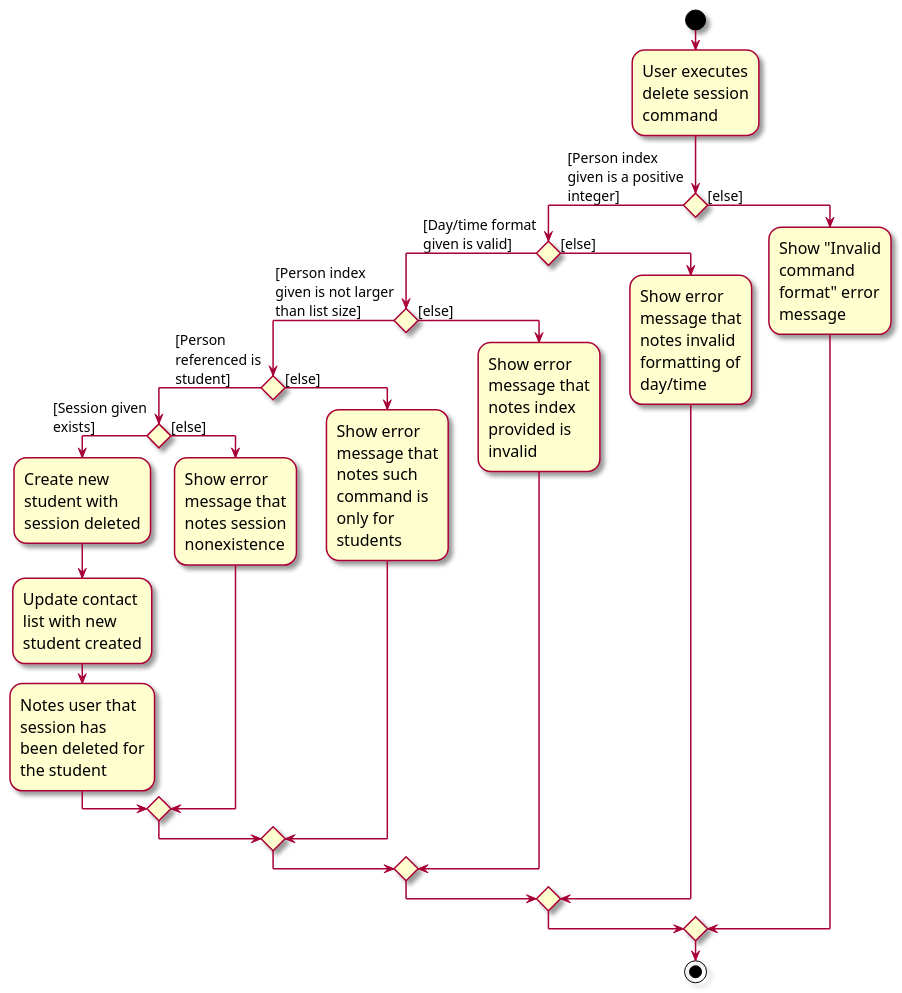
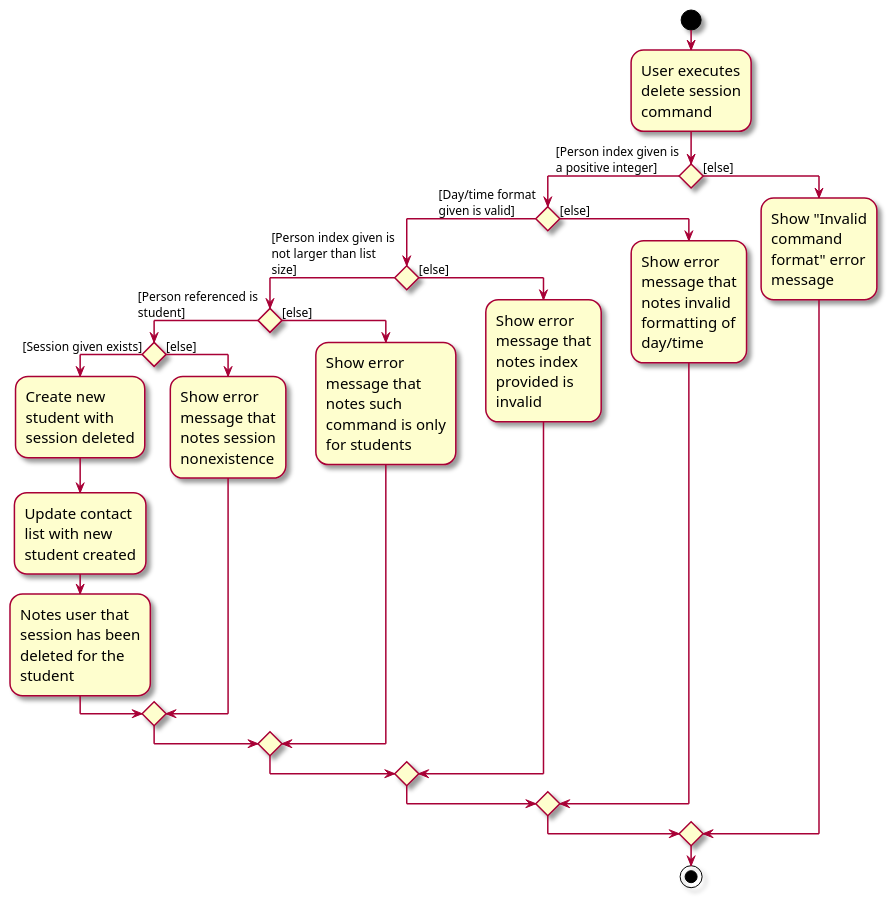
The diagram in docs/diagrams/DeleteSessionActivityDiagram.puml (YHKok/tp), drawn with PlantUML before and after one commit. The commit also changed 7 other files, not shown here.

Commit message:
Fix sizing issues of diagrams

```diff
--- a/docs/diagrams/DeleteSessionActivityDiagram.puml
+++ b/docs/diagrams/DeleteSessionActivityDiagram.puml
@@ -1,35 +1,35 @@
 @startuml
 'https://plantuml.com/activity-diagram-beta
 skin rose
-skinparam ActivityFontSize 16
-skinparam ArrowFontSize 14
+skinparam ActivityFontSize 15
+skinparam ArrowFontSize 12
 skinparam wrapWidth 125
 
 start
 :User executes delete session command;
 if () then ([Person index given is a positive integer])
     if () then ([Day/time format given is valid])
         if () then ([Person index given is not larger than list size])
             if () then ([Person referenced is student])
                 if () then ([Session given exists])
                     :Create new student with session deleted;
                     :Update contact list with new student created;
                     :Notes user that session has been deleted for the student;
                 else ([else])
                     :Show error message that notes session nonexistence;
                 endif
             else ([else])
                 :Show error message that notes such command is only for students;
             endif
         else ([else])
             :Show error message that notes index provided is invalid;
         endif
     else ([else])
         :Show error message that notes invalid formatting of day/time;
     endif
 else ([else])
     :Show "Invalid command format" error message;
 endif
 stop
 
 @enduml
```
